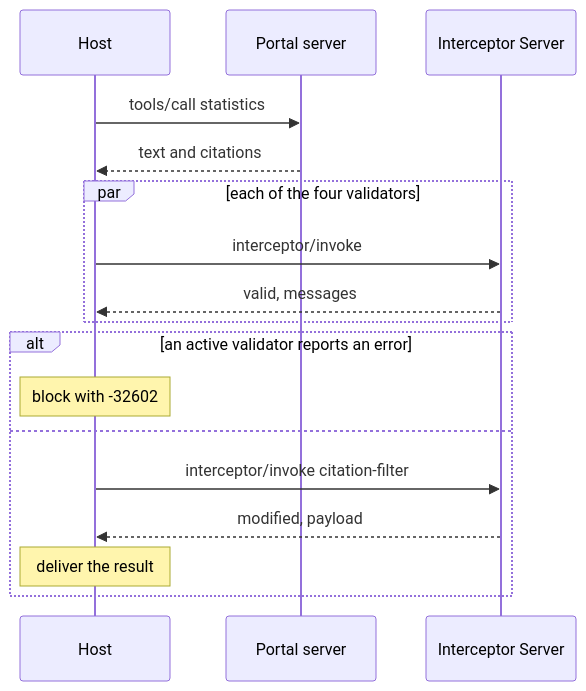
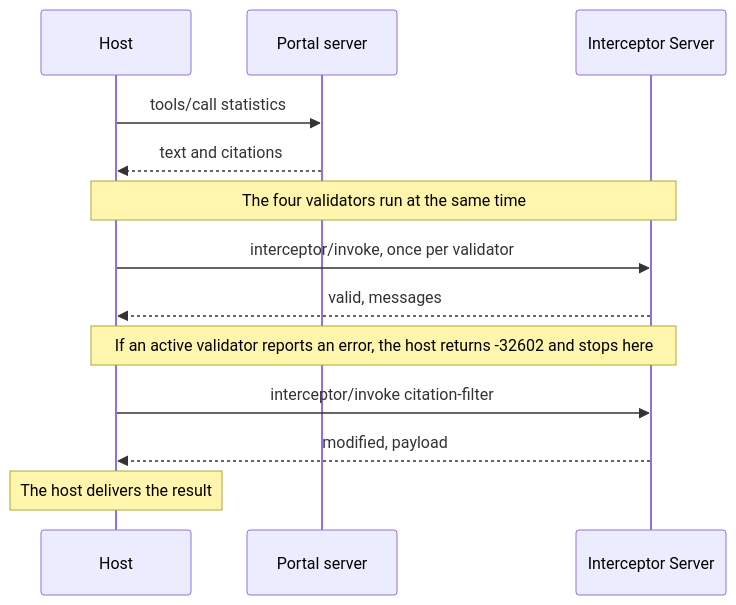
Before and after one commit to olaservo/citation-audit-demo: the diagram in README.md, drawn with Mermaid.

Commit message:
Use plain notes in the sequence diagram
Claude-Session: https://claude.ai/code/session_01LjQQxDp1yuJGR1p1L8gqg7

````diff
--- a/README.md
+++ b/README.md
@@ -89,19 +89,15 @@
 ```mermaid
 sequenceDiagram
     participant H as Host
     participant P as Portal server
     participant I as Interceptor Server
     H->>P: tools/call statistics
     P-->>H: text and citations
-    par each of the four validators
-        H->>I: interceptor/invoke
-        I-->>H: valid, messages
-    end
-    alt an active validator reports an error
-        Note over H: block with -32602
-    else
-        H->>I: interceptor/invoke citation-filter
-        I-->>H: modified, payload
-        Note over H: deliver the result
-    end
+    Note over H,I: The four validators run at the same time
+    H->>I: interceptor/invoke, once per validator
+    I-->>H: valid, messages
+    Note over H,I: If an active validator reports an error, the host returns -32602 and stops here
+    H->>I: interceptor/invoke citation-filter
+    I-->>H: modified, payload
+    Note over H: The host delivers the result
 ```
````
